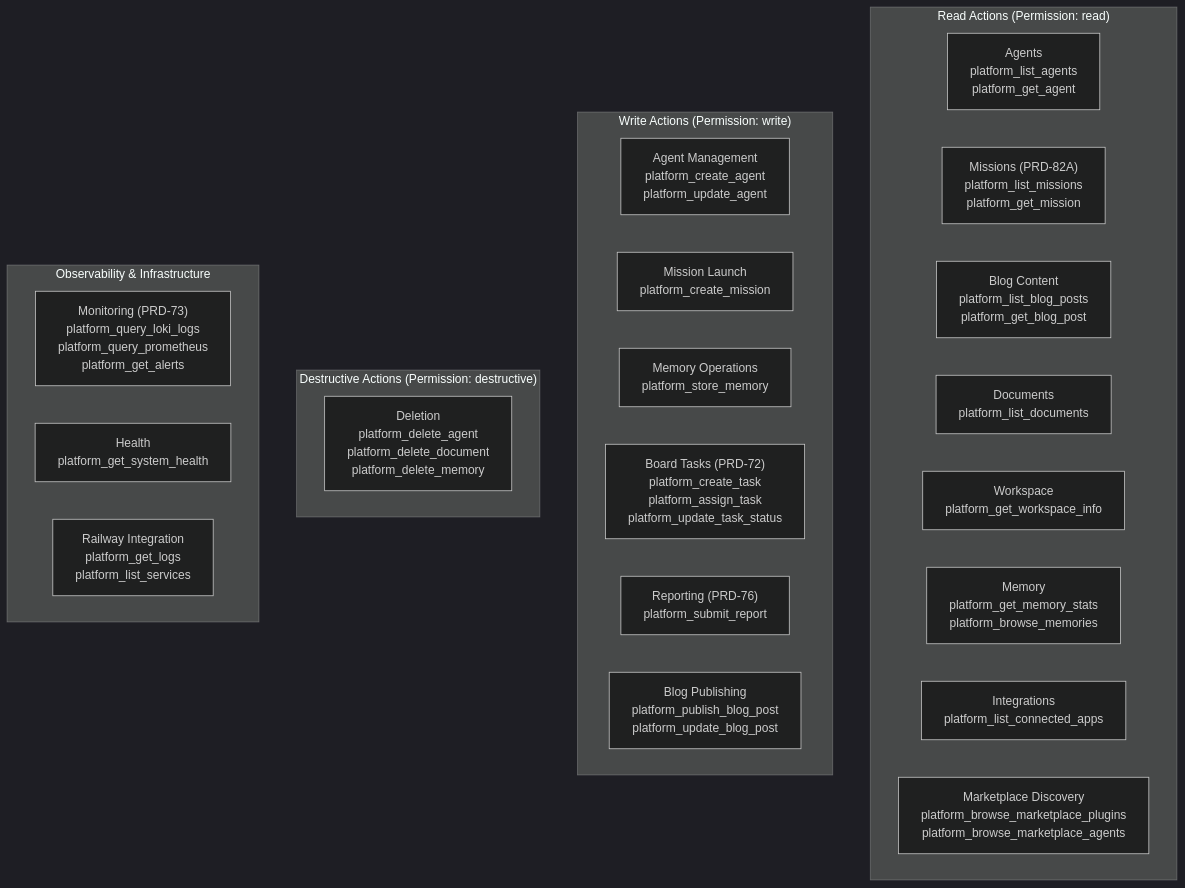
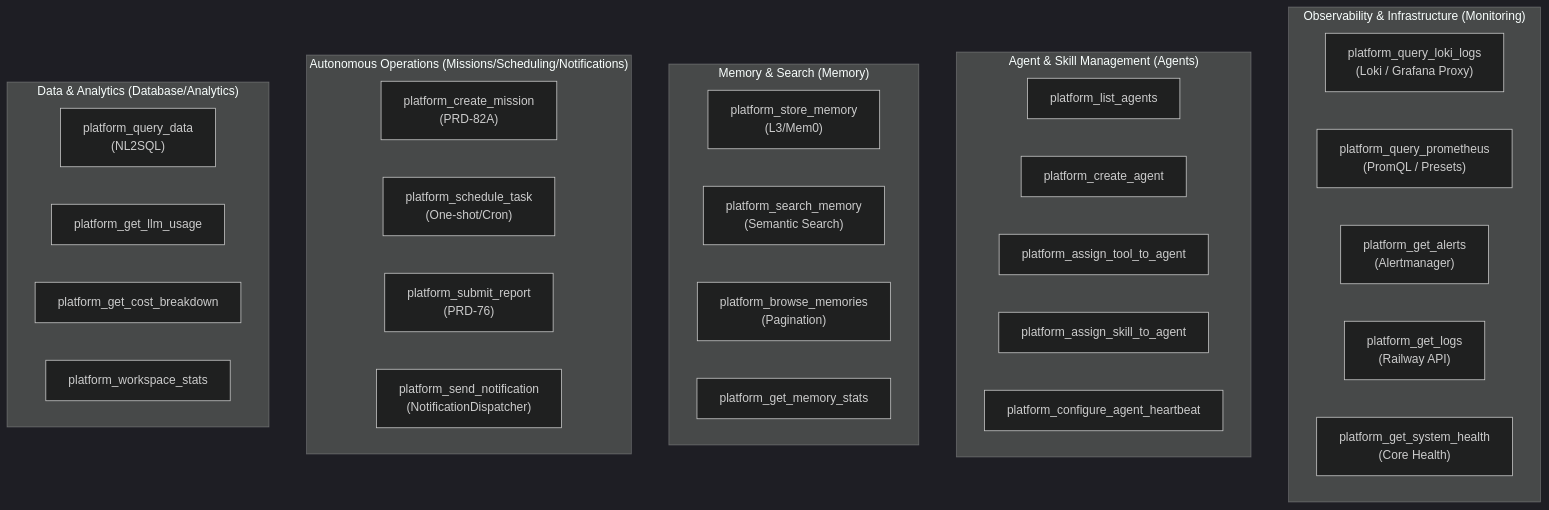
Before and after one commit to AutomatosAI/automatos-ai: the first of 2 diagrams in docs/platform-actions/action-categories.md, drawn with Mermaid (dark theme). The commit also changed other lines of this file and 153 other files, not shown here.

````diff
--- a/docs/platform-actions/action-categories.md
+++ b/docs/platform-actions/action-categories.md
@@ -64,32 +59,39 @@
 ```mermaid
 graph TB
-    subgraph "Read Actions (Permission: read)"
-        R1["Agents<br/>platform_list_agents<br/>platform_get_agent"]
-        R2["Missions (PRD-82A)<br/>platform_list_missions<br/>platform_get_mission"]
-        R3["Blog Content<br/>platform_list_blog_posts<br/>platform_get_blog_post"]
-        R4["Documents<br/>platform_list_documents"]
-        R5["Workspace<br/>platform_get_workspace_info"]
-        R6["Memory<br/>platform_get_memory_stats<br/>platform_browse_memories"]
-        R7["Integrations<br/>platform_list_connected_apps"]
-        R8["Marketplace Discovery<br/>platform_browse_marketplace_plugins<br/>platform_browse_marketplace_agents"]
+    subgraph "Observability & Infrastructure (Monitoring)"
+        M1["platform_query_loki_logs<br/>(Loki / Grafana Proxy)"]
+        M2["platform_query_prometheus<br/>(PromQL / Presets)"]
+        M3["platform_get_alerts<br/>(Alertmanager)"]
+        M4["platform_get_logs<br/>(Railway API)"]
+        M5["platform_get_system_health<br/>(Core Health)"]
     end
     
-    subgraph "Write Actions (Permission: write)"
-        W1["Agent Management<br/>platform_create_agent<br/>platform_update_agent"]
-        W2["Mission Launch<br/>platform_create_mission"]
-        W3["Memory Operations<br/>platform_store_memory"]
-        W4["Board Tasks (PRD-72)<br/>platform_create_task<br/>platform_assign_task<br/>platform_update_task_status"]
-        W5["Reporting (PRD-76)<br/>platform_submit_report"]
-        W6["Blog Publishing<br/>platform_publish_blog_post<br/>platform_update_blog_post"]
+    subgraph "Agent & Skill Management (Agents)"
+        A1["platform_list_agents"]
+        A2["platform_create_agent"]
+        A3["platform_assign_tool_to_agent"]
+        A4["platform_assign_skill_to_agent"]
+        A5["platform_configure_agent_heartbeat"]
     end
     
-    subgraph "Destructive Actions (Permission: destructive)"
-        D1["Deletion<br/>platform_delete_agent<br/>platform_delete_document<br/>platform_delete_memory"]
+    subgraph "Memory & Search (Memory)"
+        ME1["platform_store_memory<br/>(L3/Mem0)"]
+        ME2["platform_search_memory<br/>(Semantic Search)"]
+        ME3["platform_browse_memories<br/>(Pagination)"]
+        ME4["platform_get_memory_stats"]
     end
     
-    subgraph "Observability & Infrastructure"
-        I1["Monitoring (PRD-73)<br/>platform_query_loki_logs<br/>platform_query_prometheus<br/>platform_get_alerts"]
-        I2["Health<br/>platform_get_system_health"]
-        I3["Railway Integration<br/>platform_get_logs<br/>platform_list_services"]
+    subgraph "Autonomous Operations (Missions/Scheduling/Notifications)"
+        O1["platform_create_mission<br/>(PRD-82A)"]
+        O2["platform_schedule_task<br/>(One-shot/Cron)"]
+        O3["platform_submit_report<br/>(PRD-76)"]
+        O4["platform_send_notification<br/>(NotificationDispatcher)"]
+    end
+
+    subgraph "Data & Analytics (Database/Analytics)"
+        D1["platform_query_data<br/>(NL2SQL)"]
+        D2["platform_get_llm_usage"]
+        D3["platform_get_cost_breakdown"]
+        D4["platform_workspace_stats"]
     end
 ```
````
